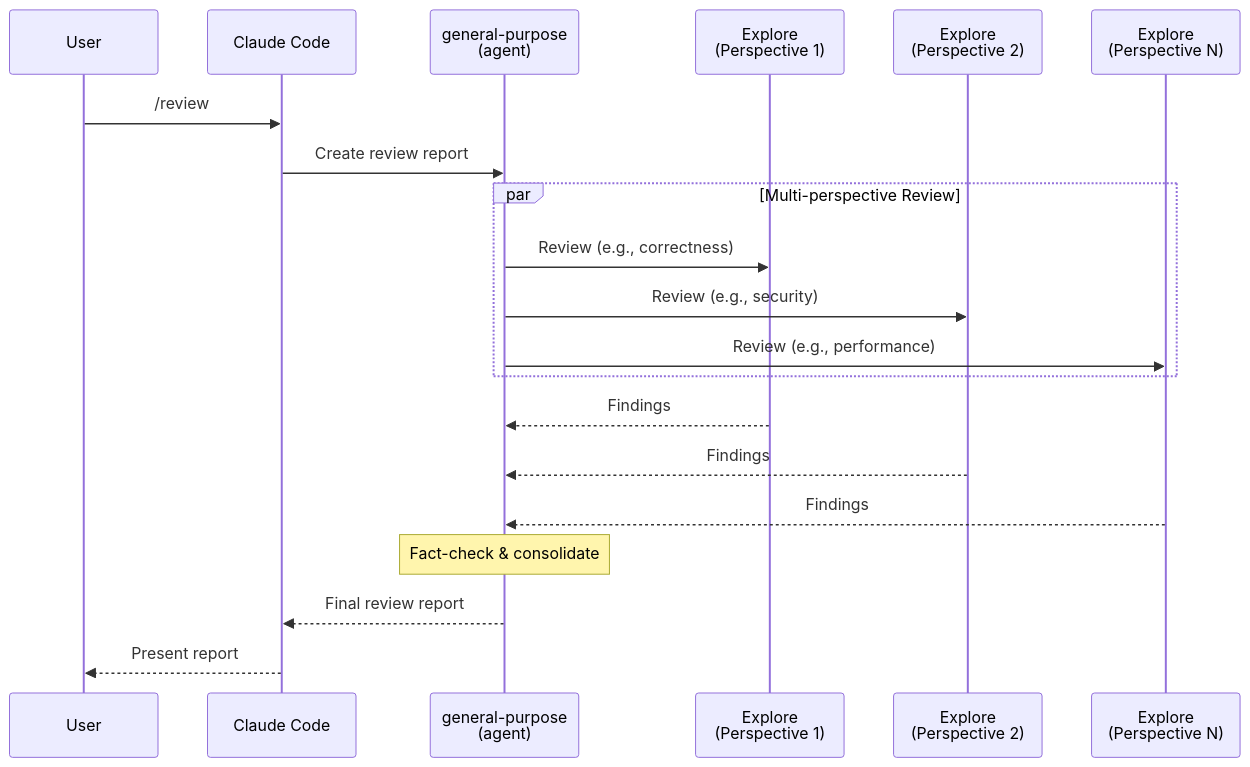
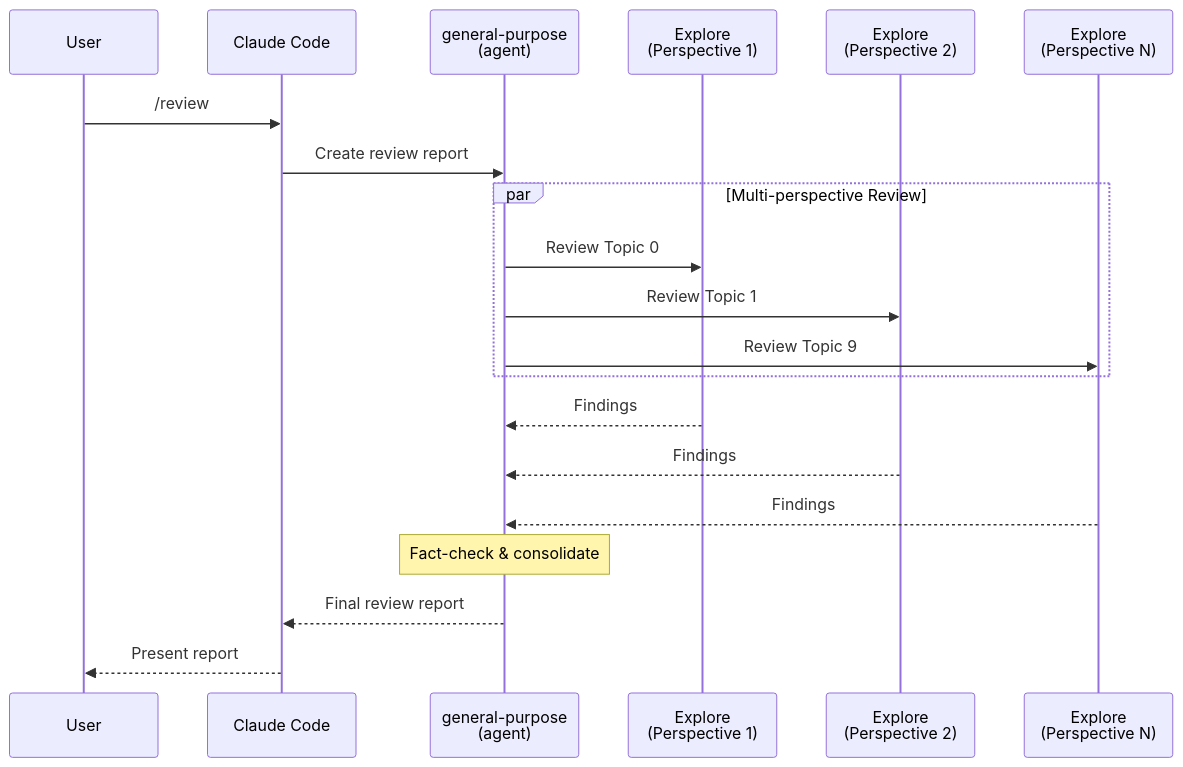
The diagram in dot_claude/commands/review.md (atusy/dotfiles), drawn with Mermaid before and after one commit. The commit also changed other lines of this file, not shown here.

Commit message:
feat(claude): stricter review

````diff
--- a/dot_claude/commands/review.md
+++ b/dot_claude/commands/review.md
@@ -5,27 +5,29 @@
 ```mermaid
 sequenceDiagram
     participant U as User
     participant C as Claude Code
     participant GP as general-purpose<br/>(agent)
-    participant E1 as Explore<br/>(Perspective 1)
-    participant E2 as Explore<br/>(Perspective 2)
-    participant En as Explore<br/>(Perspective N)
+    participant E0 as Explore<br/>(Perspective 1)
+    participant E1 as Explore<br/>(Perspective 2)
+    participant E9 as Explore<br/>(Perspective N)
 
     U->>C: /review
     C->>GP: Create review report
 
     par Multi-perspective Review
-        GP->>E1: Review (e.g., correctness)
-        GP->>E2: Review (e.g., security)
-        GP->>En: Review (e.g., performance)
+        GP->>E0: Review Topic 0
+        GP->>E1: Review Topic 1
+        %% ...
+        GP->>E9: Review Topic 9
     end
 
+    E0-->>GP: Findings
     E1-->>GP: Findings
-    E2-->>GP: Findings
-    En-->>GP: Findings
+    %% ...
+    E9-->>GP: Findings
 
     Note over GP: Fact-check & consolidate
 
     GP-->>C: Final review report
     C-->>U: Present report
 ```
````
